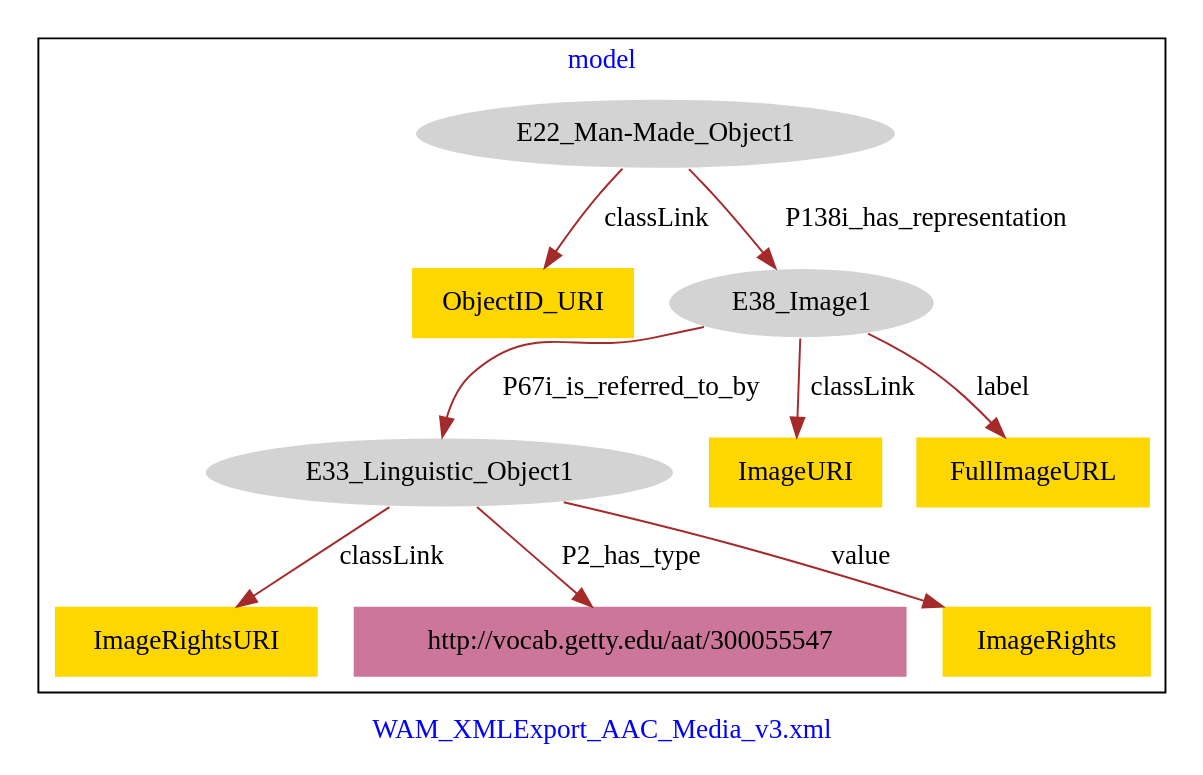
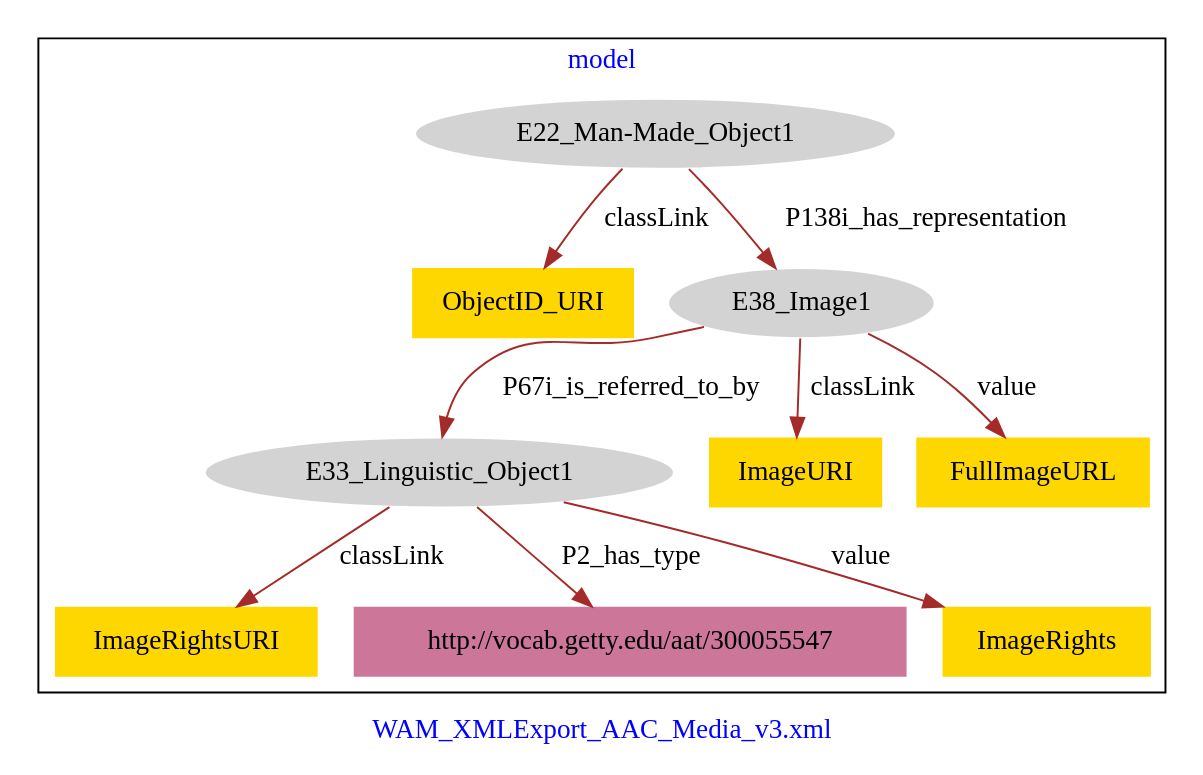
One commit to american-art/wam changed the diagram in WAM_AAC_Media/WAM_AAC_Media-model.dot. Above: the diagram before and after it, drawn with Graphviz.

Commit message:
Update file WAM_AAC_Media-model.dot

```diff
--- a/WAM_AAC_Media/WAM_AAC_Media-model.dot
+++ b/WAM_AAC_Media/WAM_AAC_Media-model.dot
@@ -1,25 +1,25 @@
 digraph n0 {
 fontcolor="blue"
 remincross="true"
 label="WAM_XMLExport_AAC_Media_v3.xml"
 subgraph cluster {
 label="model"
 n2[style="filled",color="white",fillcolor="lightgray",label="E22_Man-Made_Object1"];
 n3[shape="plaintext",style="filled",fillcolor="gold",label="ObjectID_URI"];
 n4[style="filled",color="white",fillcolor="lightgray",label="E38_Image1"];
 n5[style="filled",color="white",fillcolor="lightgray",label="E33_Linguistic_Object1"];
 n6[shape="plaintext",style="filled",fillcolor="gold",label="ImageRightsURI"];
 n7[shape="plaintext",style="filled",fillcolor="#CC7799",label="http://vocab.getty.edu/aat/300055547"];
 n8[shape="plaintext",style="filled",fillcolor="gold",label="ImageRights"];
 n9[shape="plaintext",style="filled",fillcolor="gold",label="ImageURI"];
 n10[shape="plaintext",style="filled",fillcolor="gold",label="FullImageURL"];
 }
 n2 -> n3[color="brown",fontcolor="black",label="classLink"]
 n2 -> n4[color="brown",fontcolor="black",label="P138i_has_representation"]
 n5 -> n6[color="brown",fontcolor="black",label="classLink"]
 n5 -> n7[color="brown",fontcolor="black",label="P2_has_type"]
 n5 -> n8[color="brown",fontcolor="black",label="value"]
 n4 -> n9[color="brown",fontcolor="black",label="classLink"]
 n4 -> n5[color="brown",fontcolor="black",label="P67i_is_referred_to_by"]
-n4 -> n10[color="brown",fontcolor="black",label="label"]
+n4 -> n10[color="brown",fontcolor="black",label="value"]
 }
```
